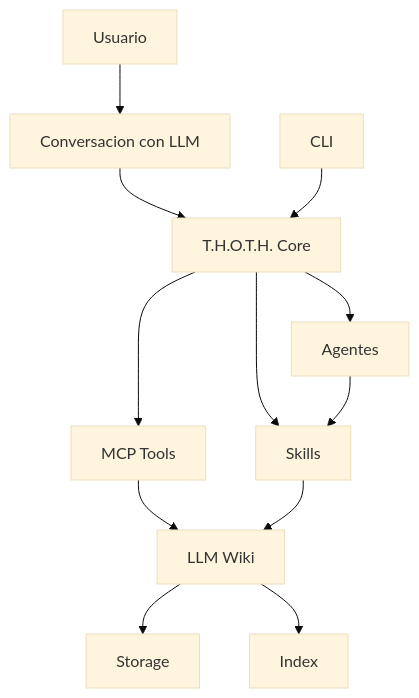
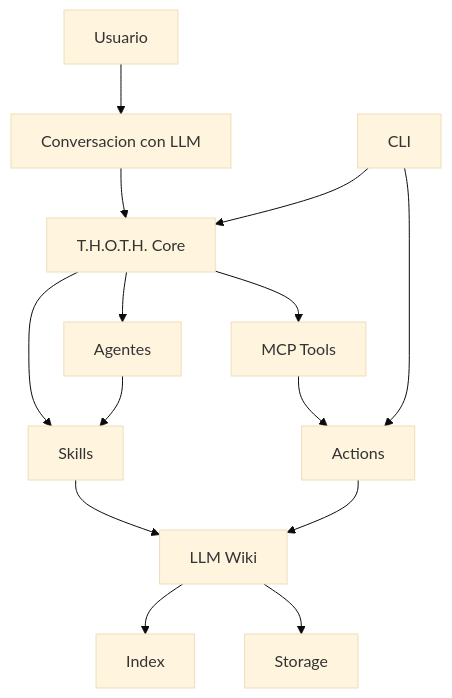
Before and after one commit to ethen-dev/thoth: the first of 2 diagrams in docs/architecture.md, drawn with Mermaid (base theme). The commit also changed other lines of this file and 5 other files, not shown here.

````diff
--- a/docs/architecture.md
+++ b/docs/architecture.md
@@ -9,14 +9,16 @@
 ```mermaid
 flowchart TD
   User[Usuario] --> LLM[Conversacion con LLM]
   LLM --> Core[T.H.O.T.H. Core]
   Core --> MCP[MCP Tools]
   Core --> Agents[Agentes]
   Core --> Skills[Skills]
-  MCP --> Wiki[LLM Wiki]
+  MCP --> Actions[Actions]
+  CLI --> Actions
+  Actions --> Wiki[LLM Wiki]
   Agents --> Skills
   Skills --> Wiki
   Wiki --> Storage[Storage]
   Wiki --> Index[Index]
   CLI[CLI] --> Core
 ```
````
